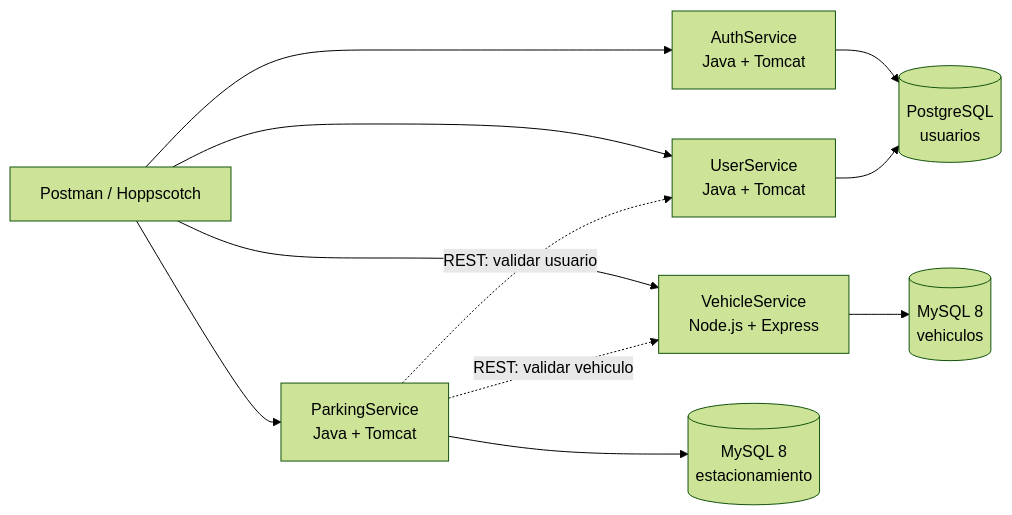
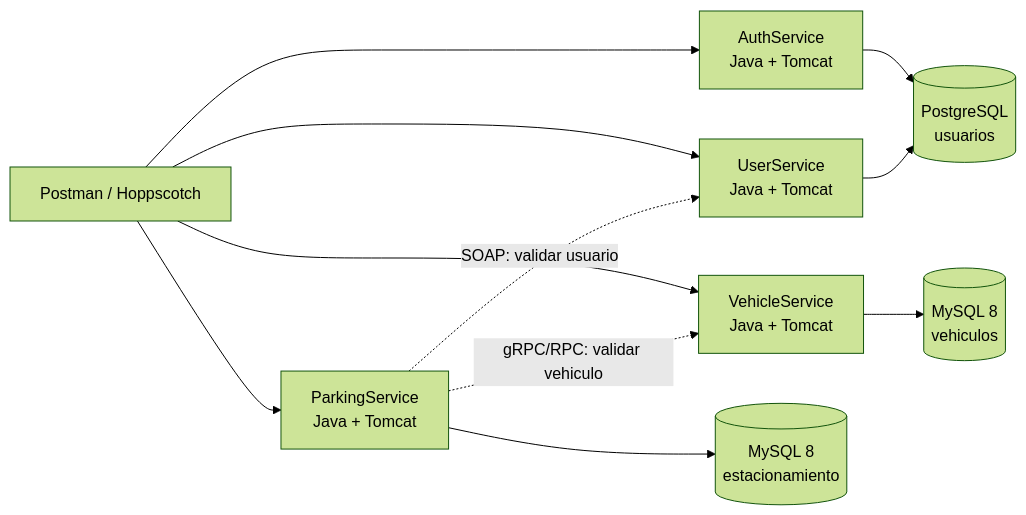
The first of 2 diagrams in docs/ARQUITECTURA.md (Hiramrr/sicae), drawn with Mermaid (forest theme) before and after one commit. The commit also changed other lines of this file and 6 other files, not shown here.

````diff
--- a/docs/ARQUITECTURA.md
+++ b/docs/ARQUITECTURA.md
@@ -5,15 +5,15 @@
 ```mermaid
 flowchart LR
   Client["Postman / Hoppscotch"] --> Auth["AuthService<br/>Java + Tomcat"]
   Client --> User["UserService<br/>Java + Tomcat"]
-  Client --> Vehicle["VehicleService<br/>Node.js + Express"]
+  Client --> Vehicle["VehicleService<br/>Java + Tomcat"]
   Client --> Parking["ParkingService<br/>Java + Tomcat"]
 
   Auth --> UsersDb[("PostgreSQL<br/>usuarios")]
   User --> UsersDb
   Vehicle --> VehiclesDb[("MySQL 8<br/>vehiculos")]
   Parking --> ParkingDb[("MySQL 8<br/>estacionamiento")]
 
-  Parking -. "REST: validar usuario" .-> User
-  Parking -. "REST: validar vehiculo" .-> Vehicle
+  Parking -. "SOAP: validar usuario" .-> User
+  Parking -. "gRPC/RPC: validar vehiculo" .-> Vehicle
 ```
````
